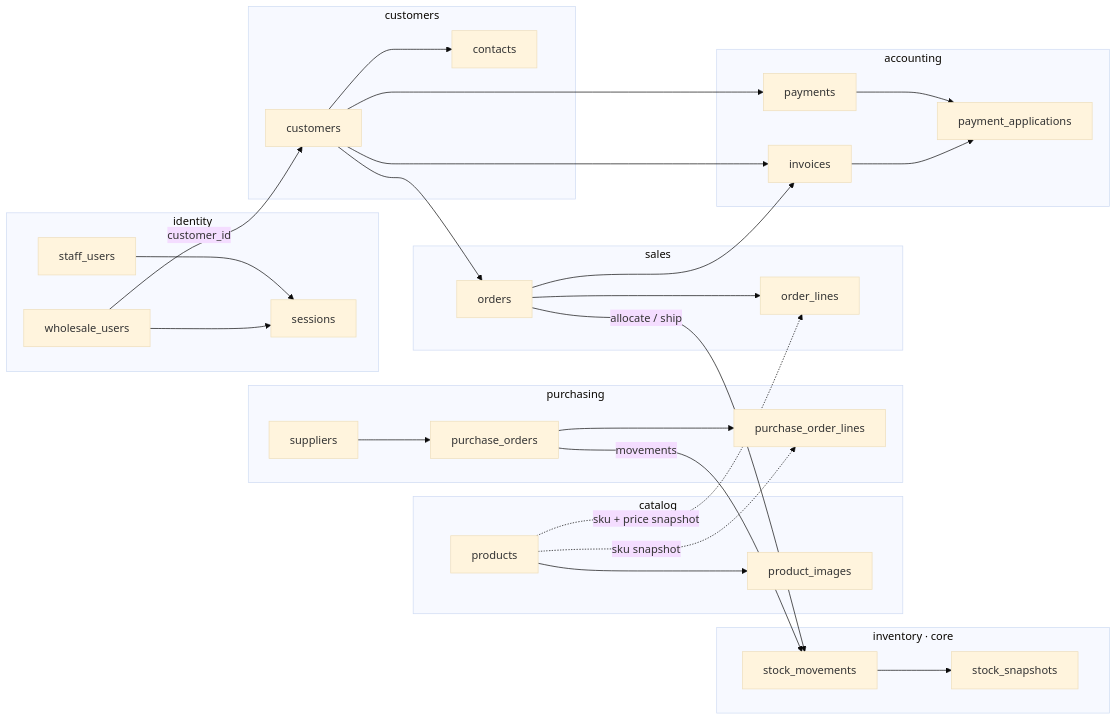
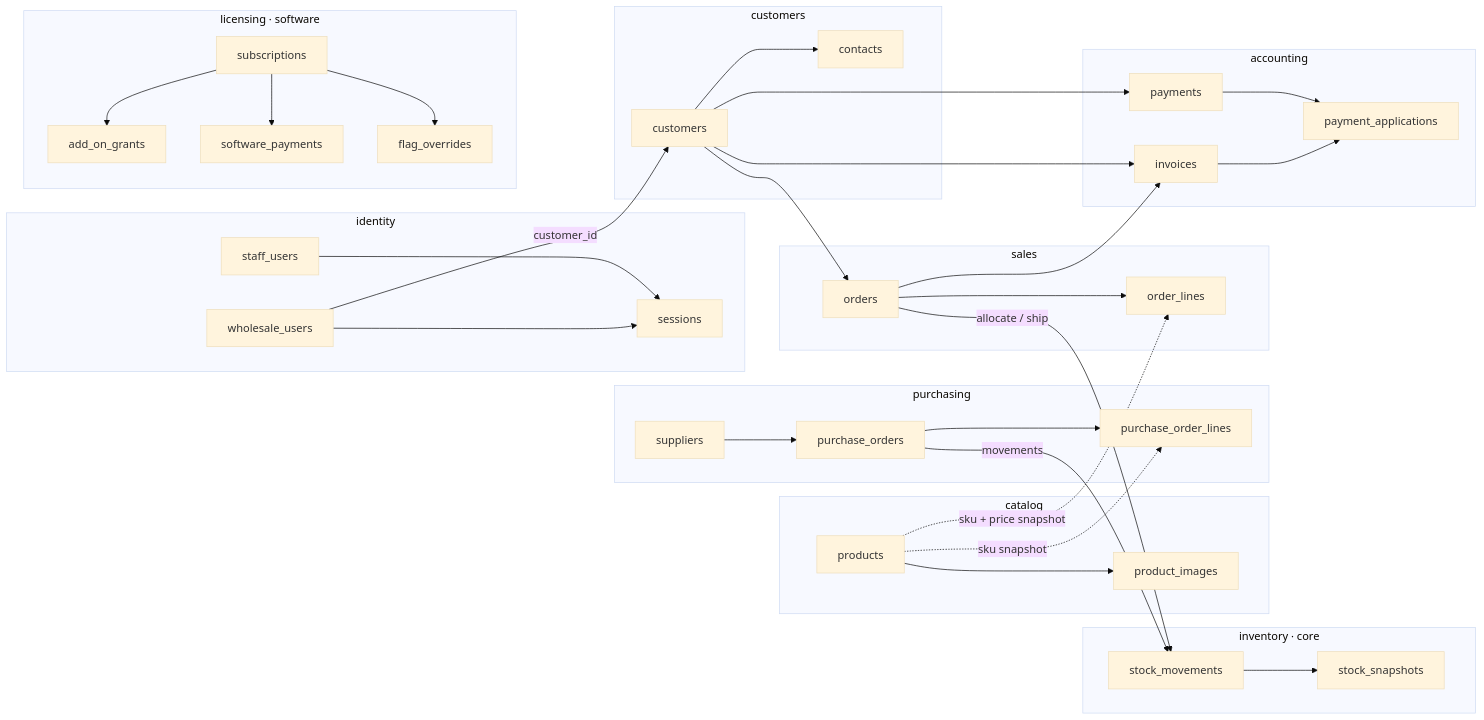
The first of 3 diagrams in docs/database-design.md (adamhinckley/dc-inventory), drawn with Mermaid (base theme) before and after one commit. The commit also changed other lines of this file and 8 other files, not shown here.

First line of the commit message:
Add Licensing context for developer subscriptions and flags.

````diff
--- a/docs/database-design.md
+++ b/docs/database-design.md
@@ -14,64 +14,75 @@
 ```mermaid
 flowchart LR
   subgraph identity["identity"]
     staff_users
     wholesale_users
     sessions
   end
 
   subgraph catalog["catalog"]
     products
     product_images
   end
 
   subgraph inventory["inventory · core"]
     stock_movements
     stock_snapshots
   end
 
   subgraph purchasing["purchasing"]
     suppliers
     purchase_orders
     purchase_order_lines
   end
 
   subgraph customers["customers"]
     customers_t["customers"]
     contacts
   end
 
   subgraph sales["sales"]
     orders
     order_lines
   end
 
   subgraph accounting["accounting"]
     invoices
     payments
     payment_applications
   end
 
+  subgraph licensing["licensing · software"]
+    subscriptions
+    add_on_grants
+    software_payments
+    flag_overrides
+  end
+
   wholesale_users -->|customer_id| customers_t
   staff_users --> sessions
   wholesale_users --> sessions
 
   products --> product_images
   products -.->|sku snapshot| purchase_order_lines
   products -.->|sku + price snapshot| order_lines
 
   suppliers --> purchase_orders
   purchase_orders --> purchase_order_lines
   purchase_orders -->|movements| stock_movements
 
   customers_t --> contacts
   customers_t --> orders
   orders --> order_lines
   orders -->|allocate / ship| stock_movements
   stock_movements --> stock_snapshots
 
   orders --> invoices
   customers_t --> invoices
   customers_t --> payments
   payments --> payment_applications
   invoices --> payment_applications
+
+  subscriptions --> add_on_grants
+  subscriptions --> software_payments
+  subscriptions --> flag_overrides
 ```
````
